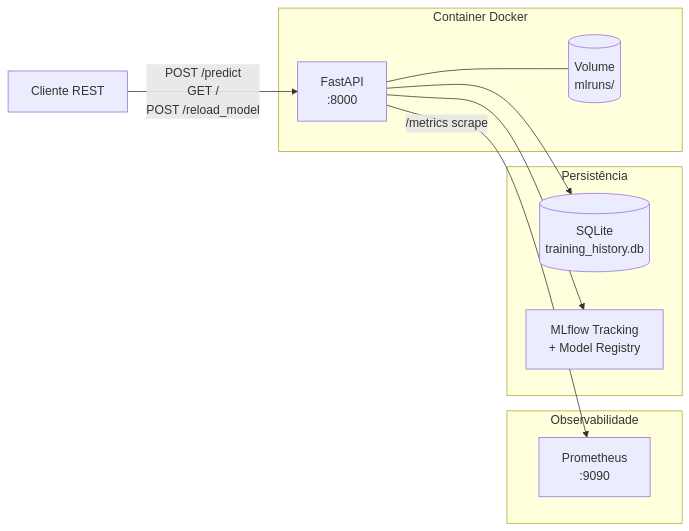
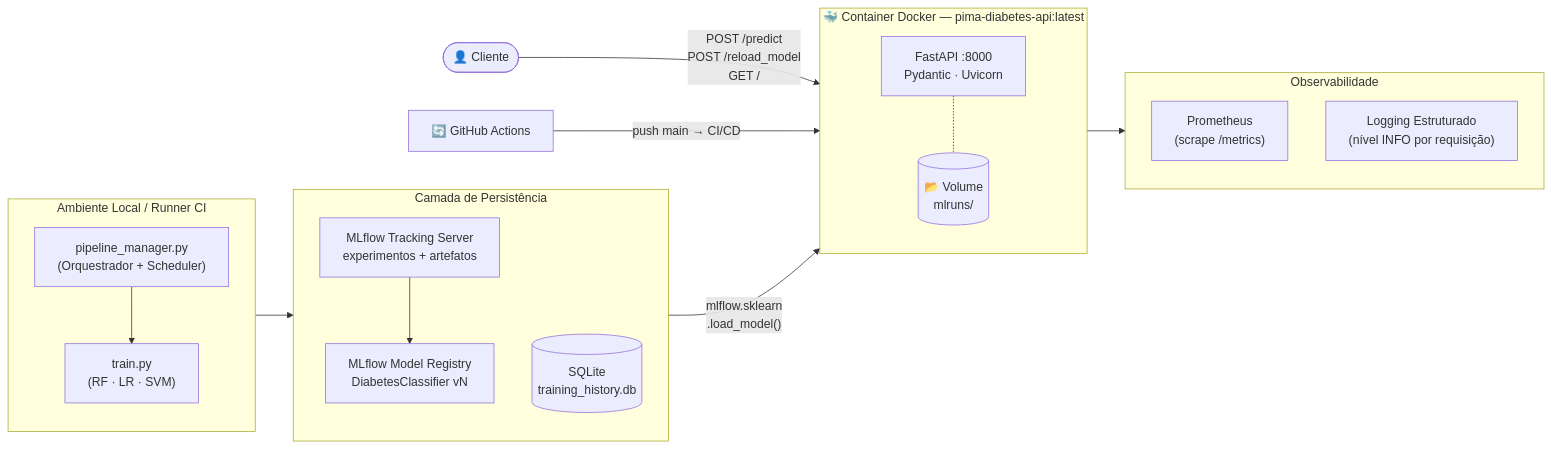
One commit to ArthurS357/santander-ml-pipeline changed the second of 2 diagrams in README.md. Above: the diagram before and after it, drawn with Mermaid. The commit also changed other lines of this file and 4 other files, not shown here.

````diff
--- a/README.md
+++ b/README.md
@@ -40,19 +94,37 @@
 ```mermaid
 graph LR
-    subgraph Container Docker
-        API[FastAPI\n:8000]
-        VOL[(Volume\nmlruns/)]
-        API --- VOL
+    subgraph LOCAL ["Ambiente Local / Runner CI"]
+        direction TB
+        PM["pipeline_manager.py\n(Orquestrador + Scheduler)"]
+        TR["train.py\n(RF · LR · SVM)"]
+        PM --> TR
     end
-    subgraph Observabilidade
-        PROM[Prometheus\n:9090]
-        API -->|/metrics scrape| PROM
+
+    subgraph STORAGE ["Camada de Persistência"]
+        direction TB
+        MLFLOW_T["MLflow Tracking Server\nexperimentos + artefatos"]
+        MLFLOW_R["MLflow Model Registry\nDiabetesClassifier vN"]
+        SQLITE[(SQLite\ntraining_history.db)]
+        MLFLOW_T --> MLFLOW_R
     end
-    subgraph Persistência
-        SQLITE[(SQLite\ntraining_history.db)]
-        MLFLOW[MLflow Tracking\n+ Model Registry]
+
+    TR --> STORAGE
+
+    subgraph CONTAINER ["🐳  Container Docker — pima-diabetes-api:latest"]
+        direction TB
+        API["FastAPI :8000\nPydantic · Uvicorn"]
+        VOL[("📂 Volume\nmlruns/")]
+        API -.- VOL
     end
-    API --> SQLITE
-    API --> MLFLOW
-    CLIENT[Cliente REST] -->|POST /predict\nGET /\nPOST /reload_model| API
+
+    MLFLOW_R -->|"mlflow.sklearn\n.load_model()"| API
+
+    subgraph OBS ["Observabilidade"]
+        PROM["Prometheus\n(scrape /metrics)"]
+        LOG["Logging Estruturado\n(nível INFO por requisição)"]
+    end
+
+    API --> OBS
+    CLIENT(["👤 Cliente"]) -->|"POST /predict\nPOST /reload_model\nGET /"| API
+    GHA["🔄 GitHub Actions"] -->|"push main → CI/CD"| CONTAINER
 ```
````
